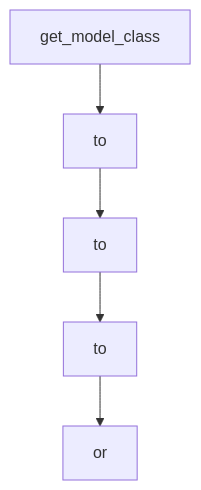
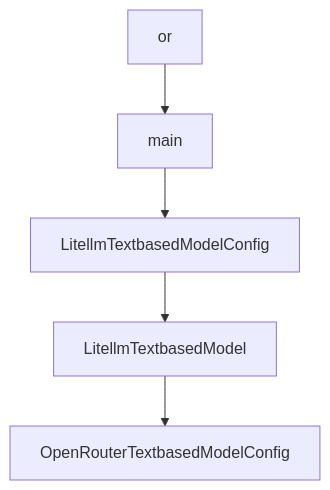
One commit to johnxie/awesome-code-docs changed the diagram in tutorials/mini-swe-agent-tutorial/07-cookbook-extensions-and-python-bindings.md. Above: the diagram before and after it, drawn with Mermaid. The commit also changed other lines of this file and 1232 other files, not shown here.

````diff
--- a/tutorials/mini-swe-agent-tutorial/07-cookbook-extensions-and-python-bindings.md
+++ b/tutorials/mini-swe-agent-tutorial/07-cookbook-extensions-and-python-bindings.md
@@ -212,12 +210,12 @@
 ```mermaid
 flowchart TD
-    A[get_model_class]
-    B[to]
-    C[to]
-    D[to]
-    E[or]
+    A[or]
+    B[main]
+    C[LitellmTextbasedModelConfig]
+    D[LitellmTextbasedModel]
+    E[OpenRouterTextbasedModelConfig]
     A --> B
     B --> C
     C --> D
     D --> E
 ```
````
